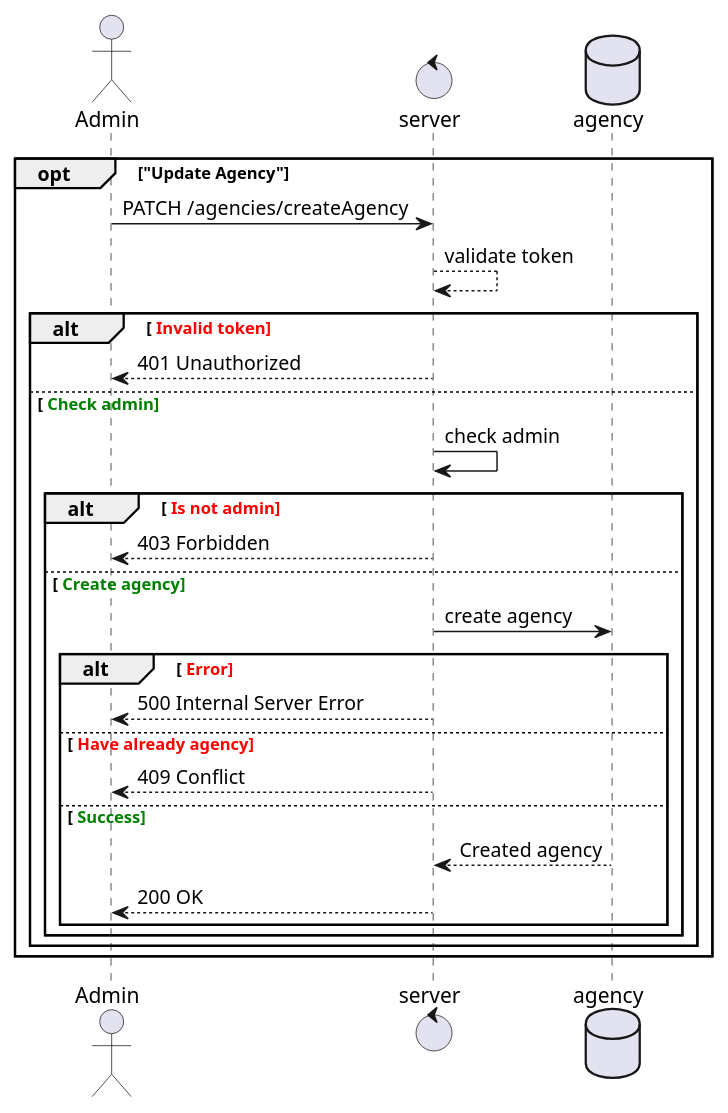
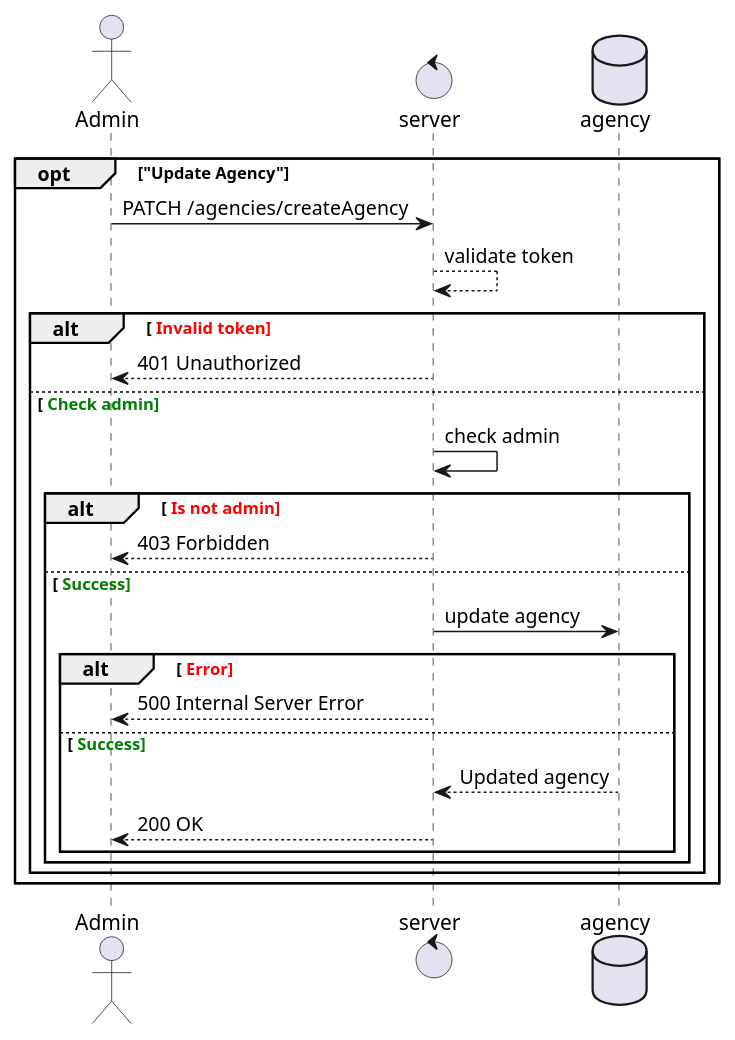
One commit to thang0206/SET_Test-Backend changed the diagram in Study/docs/sequenceDiagram/Admin/admin.updateAgency.plantuml. Above: the diagram before and after it, drawn with PlantUML. The commit also changed 73 other files, not shown here.

```diff
--- a/Study/docs/sequenceDiagram/Admin/admin.updateAgency.plantuml
+++ b/Study/docs/sequenceDiagram/Admin/admin.updateAgency.plantuml
@@ -1,28 +1,26 @@
 @startuml udapte Agency
     actor Admin
     control server
     database agency
 
     opt "Update Agency"
         Admin -> server : PATCH /agencies/createAgency
         server --> server : validate token
         alt <font color=Red> Invalid token
             Admin <-- server : 401 Unauthorized
         else <font color=Green> Check admin
                 server -> server : check admin
             alt <font color=Red> Is not admin
                 Admin <-- server : 403 Forbidden
-            else <font color=Green> Create agency
-                server -> agency : create agency
+            else <font color=Green> Success
+                server -> agency : update agency
                 alt <font color=Red> Error
                     Admin <-- server : 500 Internal Server Error
-                else <font color=Red> Have already agency
-                    Admin <-- server : 409 Conflict
                 else <font color=Green> Success
-                    server <-- agency : Created agency
+                    server <-- agency : Updated agency
                     Admin <-- server : 200 OK
                 end
             end
         end
     end
 @enduml
```
